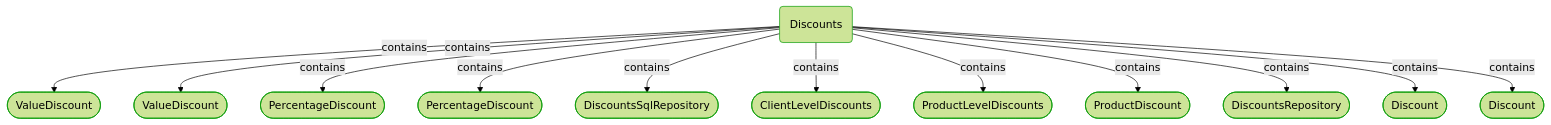
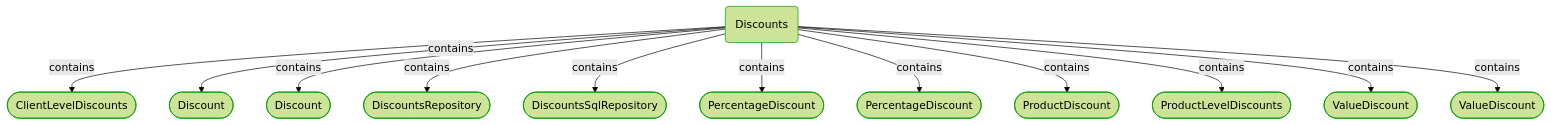
Before and after one commit to itlibrium/DDD-starter-dotnet: the third of 5 diagrams in Docs/P3/MermaidOutput/Modules/Sales/Pricing/Discounts/Discounts.md, drawn with Mermaid (forest theme). The commit also changed 78 other files, not shown here.

````diff
--- a/Docs/P3/MermaidOutput/Modules/Sales/Pricing/Discounts/Discounts.md
+++ b/Docs/P3/MermaidOutput/Modules/Sales/Pricing/Discounts/Discounts.md
@@ -45,41 +45,41 @@
 ```mermaid
   flowchart TB
     0(Discounts)
     class 0 DomainPerspective
-    1([ValueDiscount])
+    1([ClientLevelDiscounts])
     class 1 DomainPerspective
     0-->|contains|1
-    2([ValueDiscount])
+    2([Discount])
     class 2 DomainPerspective
     0-->|contains|2
-    3([PercentageDiscount])
+    3([Discount])
     class 3 DomainPerspective
     0-->|contains|3
-    4([PercentageDiscount])
+    4([DiscountsRepository])
     class 4 DomainPerspective
     0-->|contains|4
     5([DiscountsSqlRepository])
     class 5 DomainPerspective
     0-->|contains|5
-    6([ClientLevelDiscounts])
+    6([PercentageDiscount])
     class 6 DomainPerspective
     0-->|contains|6
-    7([ProductLevelDiscounts])
+    7([PercentageDiscount])
     class 7 DomainPerspective
     0-->|contains|7
     8([ProductDiscount])
     class 8 DomainPerspective
     0-->|contains|8
-    9([DiscountsRepository])
+    9([ProductLevelDiscounts])
     class 9 DomainPerspective
     0-->|contains|9
-    10([Discount])
+    10([ValueDiscount])
     class 10 DomainPerspective
     0-->|contains|10
-    11([Discount])
+    11([ValueDiscount])
     class 11 DomainPerspective
     0-->|contains|11
     classDef DomainPerspective stroke:#009900
     classDef TechnologyPerspective stroke:#1F41EB
     classDef PeoplePerspective stroke:#FFF014
 ```
````
